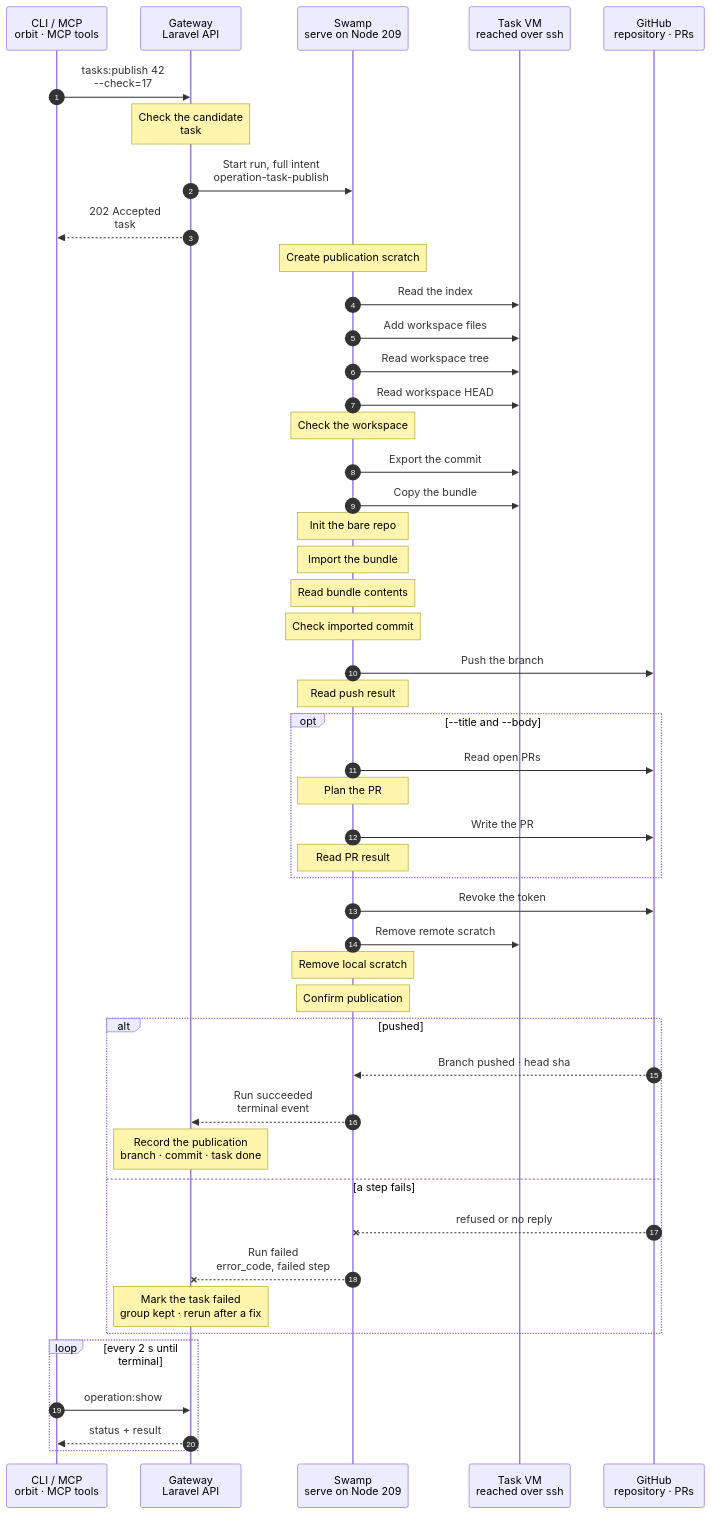
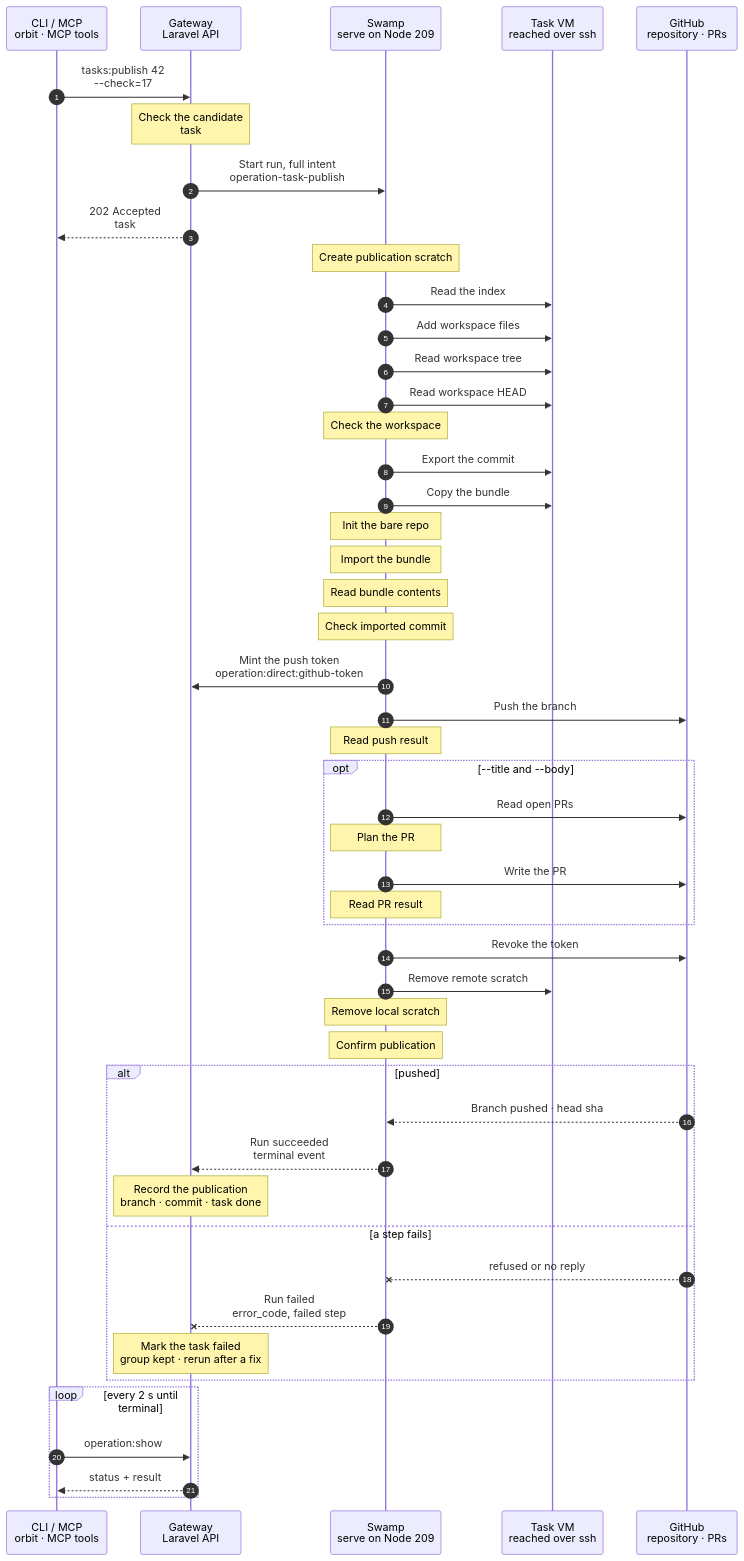
Before and after one commit to hardimpactdev/orbit: the diagram in docs/cli/tasks/publish.mmd, drawn with Mermaid. The commit also changed 12 other files, not shown here.

First line of the commit message:
tasks: mint the publish push token at the publish step, not at admission

```diff
--- a/docs/cli/tasks/publish.mmd
+++ b/docs/cli/tasks/publish.mmd
@@ -1,149 +1,155 @@
 sequenceDiagram
-  %% Target design: ADR 0244 task, DECISIONS 1 (token minted at admission, vault) and R2-R4, swamp-tasks-model. docs/reference/tasks.md#publish-an-external-group.
+  %% Target design: ADR 0244 task, R2-R4, swamp-tasks-model. Nick 2026-11-06: a task VM never holds a GitHub credential; the push step mints its token when it runs, not at admission (an installation token lives one hour). docs/reference/tasks.md#publish-an-external-group.
   %% Tightened: flow-tighten 2026-11-02, rule 16 (no tip read: a push without force refuses a divergent tip and pushes nothing for an identical one); rule 22 (no shipped scripts: task VM work is `@swamp/ssh exec` argv, 209 work is inline `git` and `gh api`; one workspace check, since import checks the bundled commit and tree).
   %% status: migrated
   %% command: tasks:publish
   %% kind: tasks.publish
   autonumber
   %% lane CLI icon=terminal pill=caller tone=gray
   %% lane GW icon=gateway pill=intent tone=blue
   %% lane SW icon=workflow pill=executes tone=green
   %% lane N icon=server pill=target tone=amber
   %% lane GH icon=server pill=target tone=purple
   participant CLI as CLI / MCP<br/>orbit · MCP tools
   participant GW as Gateway<br/>Laravel API
   participant SW as Swamp<br/>serve on Node 209
   participant N as Task VM<br/>reached over ssh
   participant GH as GitHub<br/>repository · PRs
   CLI->>GW: tasks:publish 42<br/>--check=17
   %%> Command:
   %%> - `orbit tasks:publish 42 --check=17`
   %%> - syntax: `[group] --check=ID [--title=TEXT --body=TEXT [--draft]] [--idempotency-key=KEY] [--json]`
   %%> Input:
   %%> - the task group, and the passed handoff check whose commit is published
   %%> - optionally a title and body together, to open or update the pull request; without them it only pushes
-  Note over GW: Check the candidate<br/>task #5165 · mint push token
+  Note over GW: Check the candidate<br/>task #5165 · record the key names
   %%> Requirements:
   %%> - your Node has an access grant to the Gateway
   %%> - group 42 is an open external group with its own task VM workspace
   %%> - check 17 passed for group 42, and required hosted CI passed on its commit, else `tasks.commit_not_checked`
   %%> - no other task runs on group 42; the Gateway holds one lock per group
   %%> What it does:
   %%> - captures the repository, default branch, commit, checked tree and the task VM's SSH target
-  %%> - mints a token for that one repository with `contents: write`, `pull_requests: write` and `workflows: write`, and pushes it to the vault under two `task-publish-token-<uuid>` keys after commit (R3)
+  %%> - names two `task-publish-token-<uuid>` vault keys for the token and the Git authorization header; it mints and writes no value at admission
   %%> Result:
   %%> - task #5165 recorded with the full intent
   GW->>SW: Start run, full intent<br/>operation-task-publish
   %%> What it does:
   %%> - starts one Swamp run on serve (Node 209)
   %%> Inputs:
   %%> - the commit, tree, branch `task-42`, default branch and the optional title and body
-  %%> - the vault key names of the token and Git authorization header, never their values
+  %%> - the vault key names of the token and Git authorization header, never their values; no token exists yet
   GW-->>CLI: 202 Accepted<br/>task #5165
   %%> What you get:
   %%> - the task number, at once
   %%> Next:
   %%> - the CLI follows the task with `operation:show`
   Note over SW: Create publication scratch
   %%> How:
   %%> - a private worker directory holds the bundle, bare repository and bounded CLI replies
   SW->>N: Read the index
   %%> How:
   %%> - one bounded native Git command, with an isolated alternate index on the task VM
   SW->>N: Add workspace files
   %%> How:
   %%> - one bounded native Git command, with an isolated alternate index on the task VM
   SW->>N: Read workspace tree
   %%> How:
   %%> - one bounded native Git command, with an isolated alternate index on the task VM
   SW->>N: Read workspace HEAD
   %%> How:
   %%> - one bounded native Git command, with an isolated alternate index on the task VM
   Note over SW: Check the workspace
   %%> How:
   %%> - typed data compares HEAD and the complete tree to the admitted candidate; a mismatch refuses before export
   SW->>N: Export the commit
   %%> How:
   %%> - one bounded native command on the worker; no shipped script
   SW->>N: Copy the bundle
   %%> How:
   %%> - official SSH copy reads the bundle onto the worker; no code is copied to the task VM
   Note over SW: Init the bare repo
   %%> How:
   %%> - one bounded native command on the worker; no shipped script
   Note over SW: Import the bundle
   %%> How:
   %%> - one bounded native command on the worker; no shipped script
   Note over SW: Read bundle contents
   %%> How:
   %%> - one bounded native command on the worker; no shipped script
   Note over SW: Check imported commit
   %%> How:
   %%> - typed data compares the imported commit and tree without a second workspace observation
+  SW->>GW: Mint the push token<br/>operation:direct:github-token
+  %%> How:
+  %%> - one bounded `curl` step posts the run id to the Gateway when the push is next; the run id proves the caller
+  %%> - the Gateway checks the Operation, the run and the repository, mints a token for that one repository with `contents: write`, `pull_requests: write` and `workflows: write`, and writes the two vault values; the reply holds the vault descriptors only
+  %%> - a prep run passes its own run id to this step, so the token is minted minutes before the push, not when the prep run was admitted
+  %%> - no step writes the token into the task VM; the VM receives no credential, in the bundle, the Git configuration or the environment
   SW->>GH: Push the branch
   %%> How:
   %%> - one bounded push without force; authorization is a vault-backed extra header in the environment
   Note over SW: Read push result
   %%> How:
   %%> - typed data reads private replies and preserves fast-forward and Workflows refusal codes
   opt --title and --body
     SW->>GH: Read open PRs
     %%> How:
     %%> - one bounded native command on the worker; no shipped script
     Note over SW: Plan the PR
     %%> How:
     %%> - typed data selects an open PR or creation and writes unchanged caller prose into a JSON input file
     %%> - with `--draft` the creation carries `draft: true`; an update of an open PR sends only title and body, so a PR keeps its state
     SW->>GH: Write the PR
     %%> How:
     %%> - one bounded native command on the worker; no shipped script
     Note over SW: Read PR result
     %%> How:
     %%> - typed data keeps only the PR number and URL
   end
   SW->>GH: Revoke the token
   %%> How:
-  %%> - one bounded gh api call; a refused revoke is best effort and the token expires within an hour
+  %%> - one bounded gh api call, only after a token was minted; a refused revoke is best effort and the token expires within an hour
   SW->>N: Remove remote scratch
   %%> How:
   %%> - one bounded SSH argv removes this run's index and bundle after failure too
   Note over SW: Remove local scratch
   %%> How:
   %%> - one bounded command removes the private worker directory and CLI configuration
   Note over SW: Confirm publication
   %%> How:
   %%> - the native assert requires the push, optional PR reply and worker cleanup to be complete
   alt pushed
     GH-->>SW: Branch pushed · head sha
     %%> Returns:
     %%> - the branch, commit, and the PR number and URL, or null PR fields for a push alone
     SW-->>GW: Run succeeded<br/>terminal event
     %%> How the Gateway learns it:
     %%> - its shared run reader sees the terminal event; Swamp never calls the Gateway
     Note over GW: Record the publication<br/>branch · commit · task done
     %%> Result:
     %%> - group 42 watches PR #57 only with `--title` and `--body`; its board status and settle metrics stay as they are
     %%> - task #5165 succeeds
   else a step fails
     GH--xSW: refused or no reply
     %%> When:
     %%> - the workspace moved, the tip diverged, the push or PR write was refused, or a reply was lost
     SW--xGW: Run failed<br/>error_code, failed step
     %%> The Gateway reads:
     %%> - which step failed and its error code, such as `tasks.push_failed`
     Note over GW: Mark the task failed<br/>group kept · rerun after a fix
     %%> Result:
     %%> - task #5165 fails; group 42 and its workspace stay as they are
     %%> On GitHub:
     %%> - a push or PR that started stays; there is no rollback
     %%> Retry:
-    %%> - run the same command again: a new task gets a new token; an identical tip pushes nothing, and the PR is looked up again before any write
+    %%> - run the same command again: a new task mints a new token at its own push step; an identical tip pushes nothing, and the PR is looked up again before any write
   end
   loop every 2 s until terminal
     CLI->>GW: operation:show #5165
     %%> What it does:
     %%> - asks for the task's status every 2 seconds until it has ended
     GW-->>CLI: status + result
     %%> Returns:
     %%> - the current status, and the result once the task has ended
   end
```
